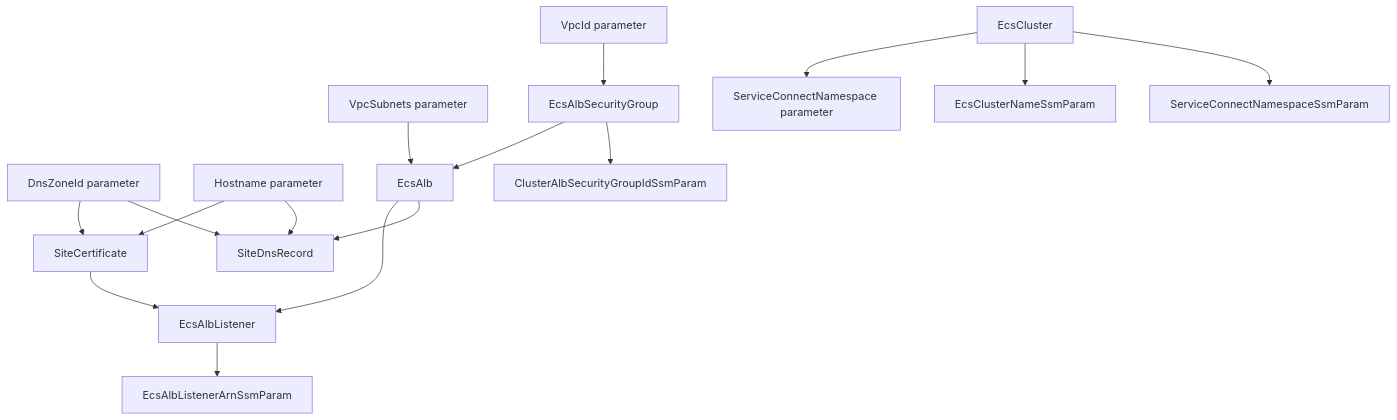
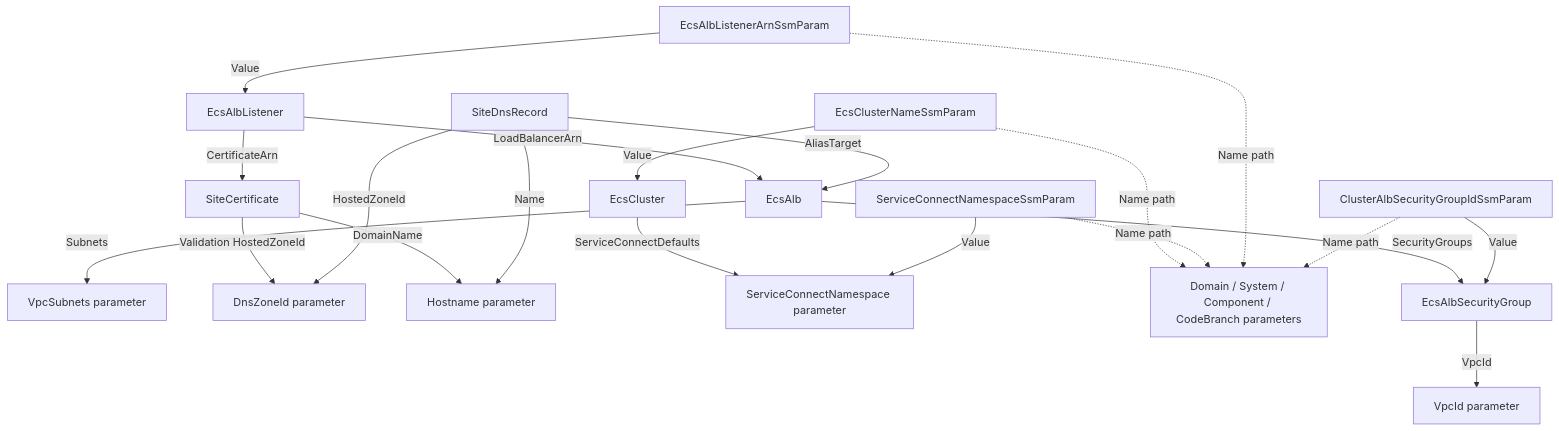
One commit to ServerlessOpsIO/backstage-aws-sam-ecs-template changed the fourth of 4 diagrams in cluster/skeleton/docs/handbook/04-architecture.md. Above: the diagram before and after it, drawn with Mermaid. The commit also changed other lines of this file and 21 other files, not shown here.

````diff
--- a/cluster/skeleton/docs/handbook/04-architecture.md
+++ b/cluster/skeleton/docs/handbook/04-architecture.md
@@ -102,34 +129,39 @@
 ```mermaid
 flowchart TD
     VpcId["VpcId parameter"]
     Subnets["VpcSubnets parameter"]
     ZoneId["DnsZoneId parameter"]
     Hostname["Hostname parameter"]
-    ECS["EcsCluster"]
-    Namespace["ServiceConnectNamespace parameter"]
+    NamespaceParam["ServiceConnectNamespace parameter"]
+    Path["Domain / System / Component / CodeBranch parameters"]
+    Cluster["EcsCluster"]
     SG["EcsAlbSecurityGroup"]
     ALB["EcsAlb"]
     Listener["EcsAlbListener"]
     Cert["SiteCertificate"]
     Record["SiteDnsRecord"]
-    ClusterParam["EcsClusterNameSsmParam"]
-    SGParam["ClusterAlbSecurityGroupIdSsmParam"]
-    ListenerParam["EcsAlbListenerArnSsmParam"]
-    NamespaceParam["ServiceConnectNamespaceSsmParam"]
+    ClusterSsm["EcsClusterNameSsmParam"]
+    NamespaceSsm["ServiceConnectNamespaceSsmParam"]
+    ListenerSsm["EcsAlbListenerArnSsmParam"]
+    SgSsm["ClusterAlbSecurityGroupIdSsmParam"]
 
-    ECS --> Namespace
-    ECS --> ClusterParam
-    ECS --> NamespaceParam
-    VpcId --> SG
-    SG --> ALB
-    Subnets --> ALB
-    ALB --> Listener
-    Listener --> ListenerParam
-    SG --> SGParam
-    Hostname --> Cert
-    ZoneId --> Cert
-    Cert --> Listener
-    Hostname --> Record
-    ZoneId --> Record
-    ALB --> Record
+    Cluster -->|"ServiceConnectDefaults"| NamespaceParam
+    SG -->|"VpcId"| VpcId
+    ALB -->|"Subnets"| Subnets
+    ALB -->|"SecurityGroups"| SG
+    Listener -->|"LoadBalancerArn"| ALB
+    Listener -->|"CertificateArn"| Cert
+    Cert -->|"DomainName"| Hostname
+    Cert -->|"Validation HostedZoneId"| ZoneId
+    Record -->|"Name"| Hostname
+    Record -->|"HostedZoneId"| ZoneId
+    Record -->|"AliasTarget"| ALB
+    ClusterSsm -->|"Value"| Cluster
+    NamespaceSsm -->|"Value"| NamespaceParam
+    ListenerSsm -->|"Value"| Listener
+    SgSsm -->|"Value"| SG
+    ClusterSsm -.->|"Name path"| Path
+    NamespaceSsm -.->|"Name path"| Path
+    ListenerSsm -.->|"Name path"| Path
+    SgSsm -.->|"Name path"| Path
 ```
````
